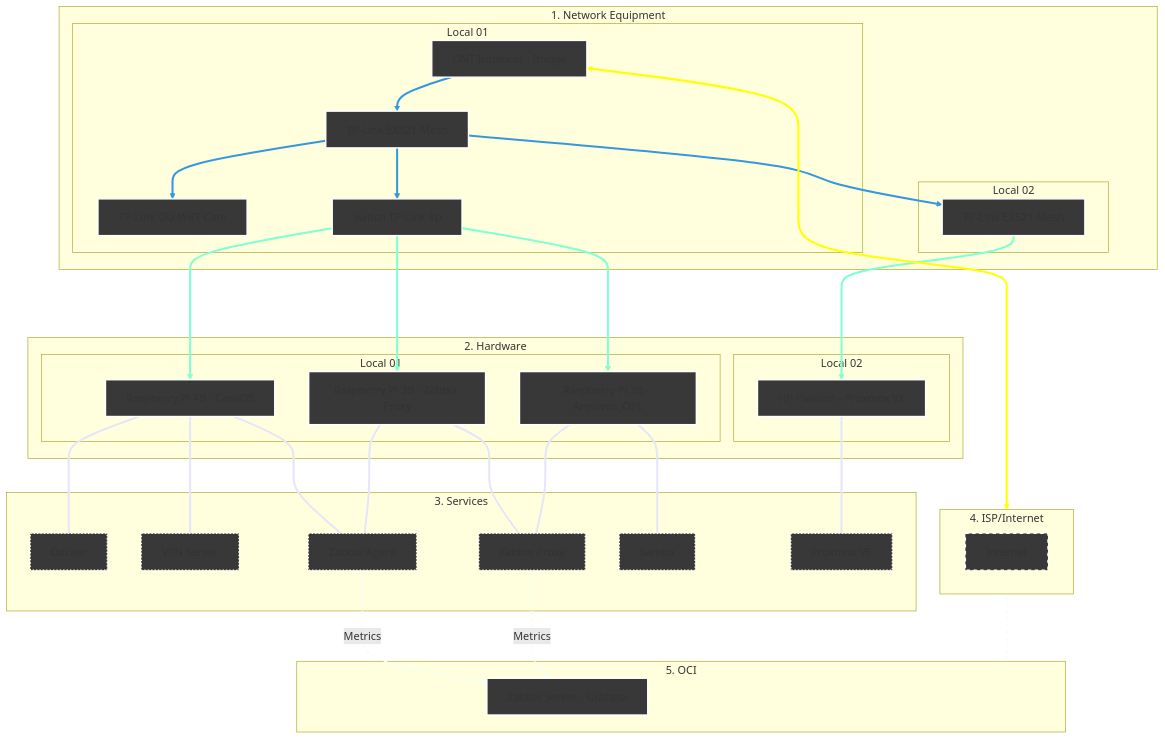
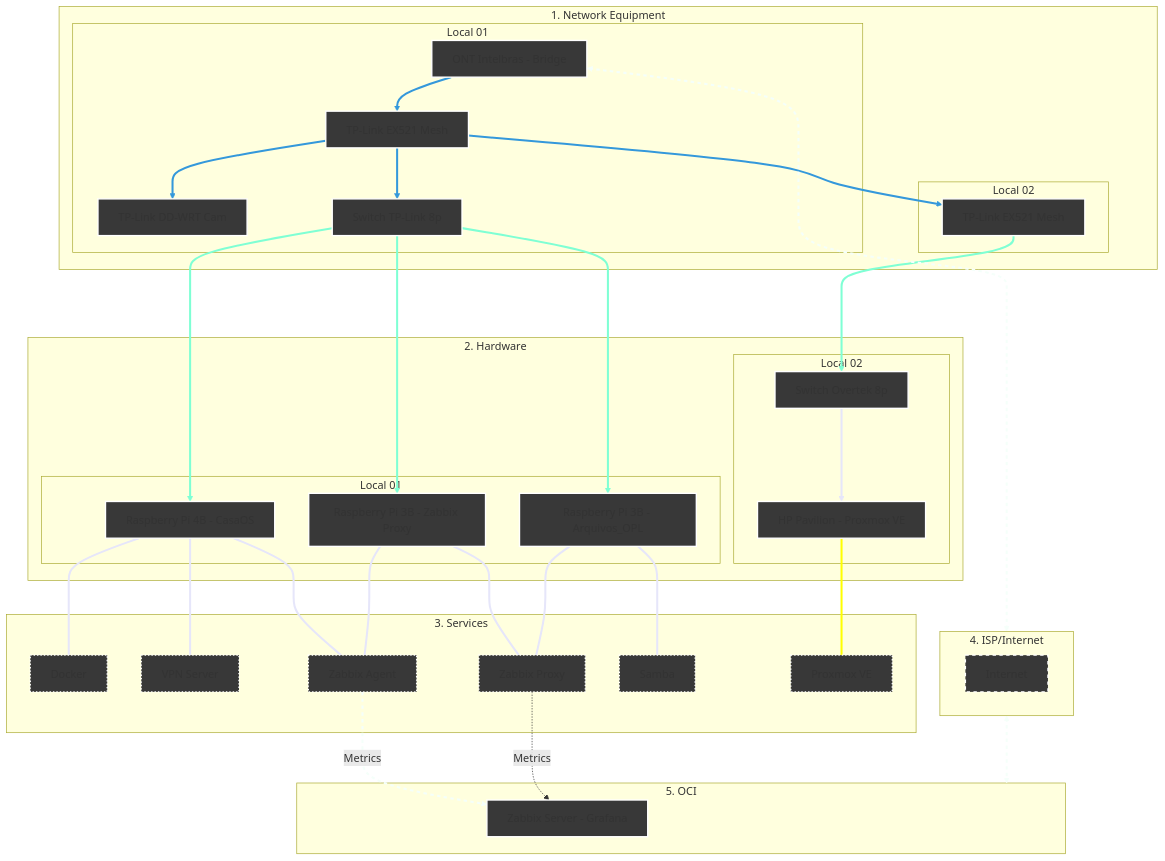
One commit to kevindexter22/Dr-Hardware-Autonet changed the diagram in Infrastructure/README.md. Above: the diagram before and after it, drawn with Mermaid.

````diff
--- a/Infrastructure/README.md
+++ b/Infrastructure/README.md
@@ -13,72 +13,73 @@
 ```mermaid
 graph TD
     %% Styles
     classDef network fill:#383838,stroke:#FFFFFF,stroke-width:2px;
     classDef hardware fill:#383838,stroke:#FFFFFF,stroke-width:2px;
     classDef internet fill:#383838,stroke:#FFFFFF,stroke-width:2px,stroke-dasharray: 5 5;
     classDef services fill:#383838,stroke:#FFFFFF,stroke-width:2px, stroke-dasharray: 2 3;
     classDef oci fill:#383838,stroke:#FFFFFF,stroke-width:2px;
 
     %% 1. NETWORK EQUIPMENT
     subgraph Principal["1. Network Equipment"]
     subgraph S1 [Local 01]
         ONT[ONT Intelbras - Bridge]:::network --> R_Mesh1[TP-Link EX521 Mesh]:::network
         R_Mesh1 --> R_Cams[TP-Link DD-WRT Cam]:::network 
         R_Mesh1 --> SW1[Switch TP-Link 8p]:::network  
     end
     subgraph S2 [Local 02]
         R_Mesh1 --> R_Mesh2[TP-Link EX521 Mesh]:::network
     end
     end
     
     %% 2. HARDWARE
     subgraph Principal02["2. Hardware"]
     subgraph S3 [Local 01]
         SW1 ---> RPi3B_1[Raspberry Pi 3B - Arquivos_OPL]:::hardware
         SW1 ---> RPi4B[Raspberry Pi 4B - CasaOS]:::hardware
         SW1 ---> RPi3B_2[Raspberry Pi 3B - Zabbix Proxy]:::hardware
     end
     subgraph S4 [Local 02]
-        R_Mesh2 ---> HP[HP Pavilion - Proxmox VE]:::hardware
+        R_Mesh2 ---> SW2[Switch Overtek 8p]:::network
+        SW2 ---> HP[HP Pavilion - Proxmox VE]:::hardware
     end
     end
 
     %% 3. SERVICES     
     subgraph S5 [3. Services];
         RPi4B --- Docker[Docker]:::services
         RPi4B --- VPN[VPN Server]:::services
         RPi4B --- ZA[Zabbix Agent]:::services
         RPi3B_2 --- ZA[Zabbix Agent]:::services
         RPi3B_2 --- ZP[Zabbix Proxy]:::services
         RPi3B_1 --- ZP[Zabbix Proxy]:::services
         RPi3B_1 --- SMB1[Samba]:::services
         HP --- PVE[Proxmox VE]:::services        
     end
 
     %% 4. Internet (The Bridge)
     subgraph S6 [4. ISP/Internet]
            internet[Internet]:::internet
     end
 
     %% 5. Oracle Cloud Infrastructure
     subgraph S7 [5. OCI]
         ZS[Zabbix Server - Grafana]:::oci
     end
 
     %% Conections of data flow
     ONT <--> S6
     S6 <--> S7
     
     %% Logical conections
     ZA -.-> |Metrics| ZS
     ZP -.-> |Metrics| ZS 
 
     %% --- Set collor on conections ---
     
     linkStyle 0,1,2,3 stroke:#3498db,stroke-width:3px;
     linkStyle 4,5,6,7 stroke:#7FFFD4,stroke-width:3px;
     linkStyle 8,9,10,11,12,13,14,15 stroke:#E6E6FA,stroke-width:3px;
     linkStyle 16 stroke:#FFFF00,stroke-width:3px;
     linkStyle 17,18,19 stroke:#F5FFFA,stroke-width:3px,stroke-dasharray: 5 5;
 
 ```
````
